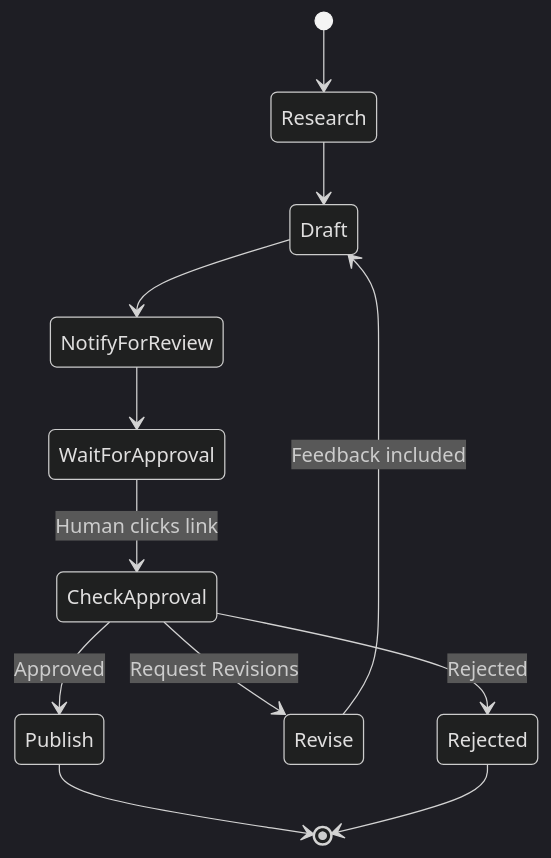
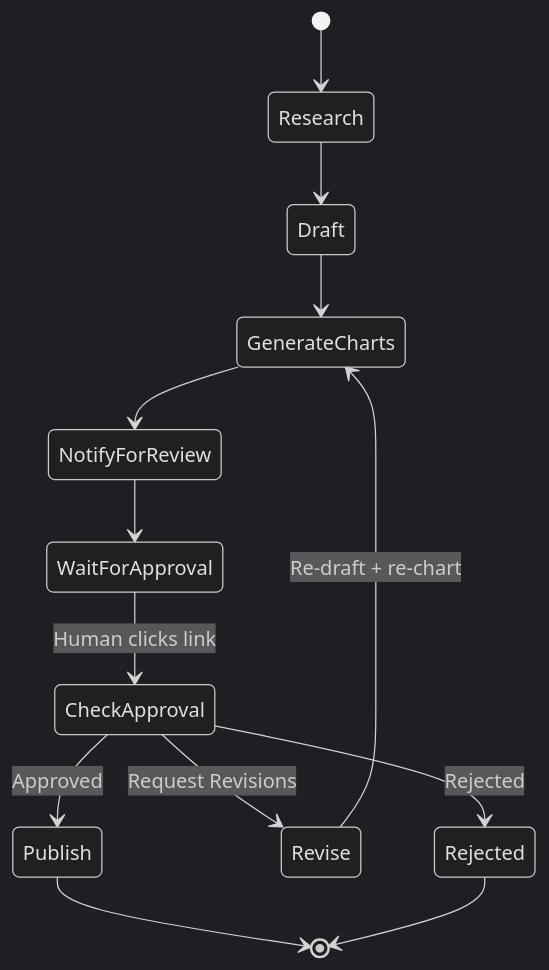
One commit to kzaky/khaledzaky.com changed the fourth of 4 diagrams in README.md. Above: the diagram before and after it, drawn with Mermaid (dark theme). The commit also changed other lines of this file and 2 other files, not shown here.

Commit message:
Update all docs: agent README, main README, About page — reflect new voice profile, chart generation, 7-Lambda architecture

````diff
--- a/README.md
+++ b/README.md
@@ -212,14 +221,15 @@
 ```mermaid
 stateDiagram-v2
     [*] --> Research
     Research --> Draft
-    Draft --> NotifyForReview
+    Draft --> GenerateCharts
+    GenerateCharts --> NotifyForReview
     NotifyForReview --> WaitForApproval
     WaitForApproval --> CheckApproval: Human clicks link
     CheckApproval --> Publish: Approved
     CheckApproval --> Revise: Request Revisions
     CheckApproval --> Rejected: Rejected
-    Revise --> Draft: Feedback included
+    Revise --> GenerateCharts: Re-draft + re-chart
     Publish --> [*]
     Rejected --> [*]
 ```
````
